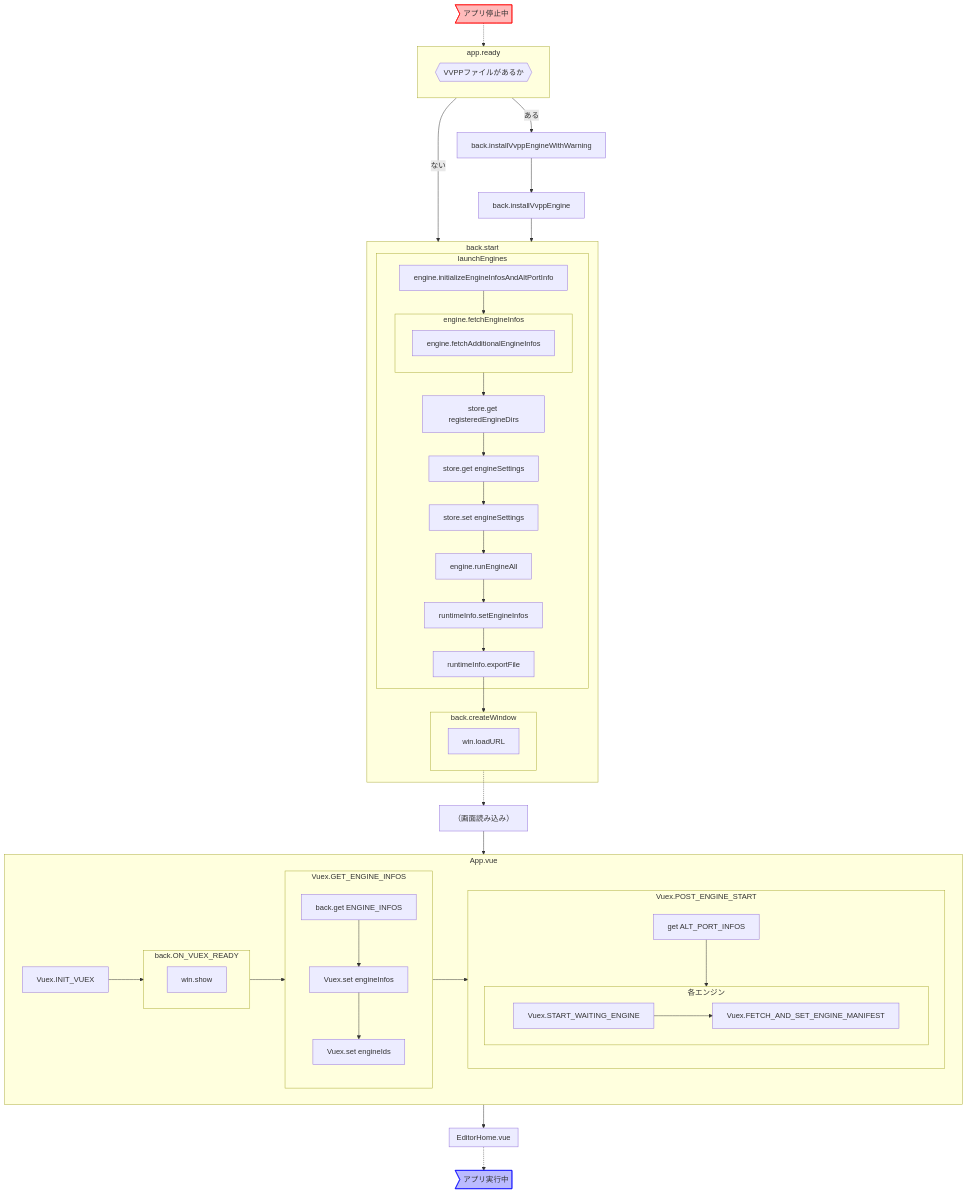
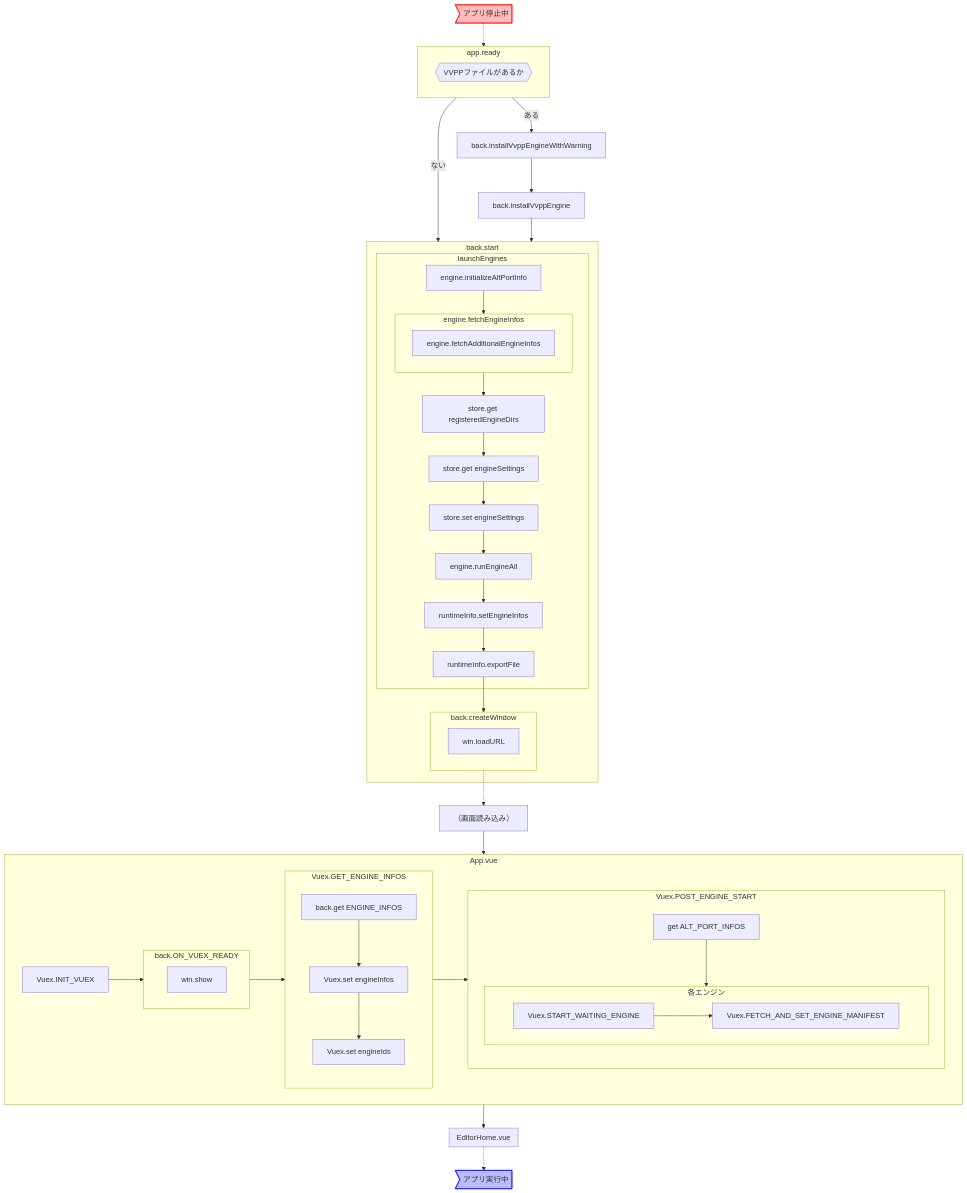
Before and after one commit to VOICEVOX/voicevox: the diagram in docs/res/起動シーケンス図.md, drawn with Mermaid.

Commit message:
図の変更忘れ

````diff
--- a/docs/res/起動シーケンス図.md
+++ b/docs/res/起動シーケンス図.md
@@ -3,55 +3,55 @@
 ```mermaid
 flowchart
   174170["back.installVvppEngineWithWarning"] --> 786961["back.installVvppEngine"]
   764022["（画面読み込み）"] --> 698565["App.vue"]
   733212["back.createWindow"] -.-> 764022
   448821>"アプリ停止中"] -.-> 430173["app.ready"]
   style 448821 fill:#ffbbbb,stroke:#ff0000
   430173 -->|"ある"| 174170
   430173 -->|"ない"| 389651["back.start"]
   332024["EditorHome.vue"] -.-> 704891>"アプリ実行中"]
   style 704891 fill:#bbbbff,stroke:#0000ff
   786961 --> 389651
   698565 --> 332024
   subgraph 332024["EditorHome.vue"]
   end
   subgraph 389651["back.start"]
     321984["runtimeInfo.exportFile"] --> 733212
     subgraph 733212["back.createWindow"]
       613440["win.loadURL"]
     end
     subgraph 548965["launchEngines"]
       250263["store.get engineSettings"] --> 222321["store.set engineSettings"]
       870482["store.get registeredEngineDirs"] --> 250263
       222321 --> 967432["engine.runEngineAll"]
       656570["engine.fetchEngineInfos"] --> 870482
-      110954["engine.initializeEngineInfosAndAltPortInfo"] --> 656570
+      110954["engine.initializeAltPortInfo"] --> 656570
       967432 --> 302398["runtimeInfo.setEngineInfos"]
       302398 --> 321984
       subgraph 656570["engine.fetchEngineInfos"]
         267019["engine.fetchAdditionalEngineInfos"]
       end
     end
   end
   subgraph 430173["app.ready"]
     546251{{"VVPPファイルがあるか"}}
   end
   subgraph 698565["App.vue"]
     709863["Vuex.GET_ENGINE_INFOS"] --> 773040["Vuex.POST_ENGINE_START"]
     646647["Vuex.INIT_VUEX"] --> 632374["back.ON_VUEX_READY"]
     632374 --> 709863
     subgraph 632374["back.ON_VUEX_READY"]
       225701["win.show"]
     end
     subgraph 709863["Vuex.GET_ENGINE_INFOS"]
       807081["back.get ENGINE_INFOS"] --> 423649["Vuex.set engineInfos"]
       423649 --> 623418["Vuex.set engineIds"]
     end
     subgraph 773040["Vuex.POST_ENGINE_START"]
       970396["get ALT_PORT_INFOS"] --> 467527["各エンジン"]
       subgraph 467527["各エンジン"]
         592206["Vuex.START_WAITING_ENGINE"] --> 799767["Vuex.FETCH_AND_SET_ENGINE_MANIFEST"]
       end
     end
   end
 ```
````
